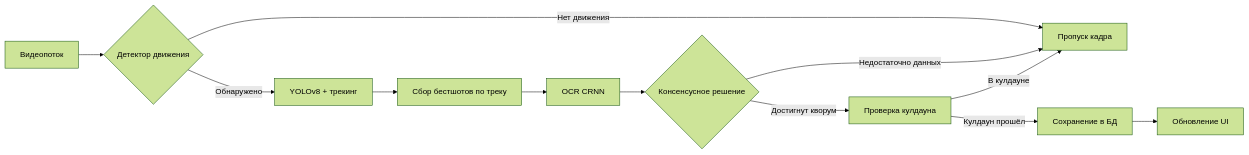
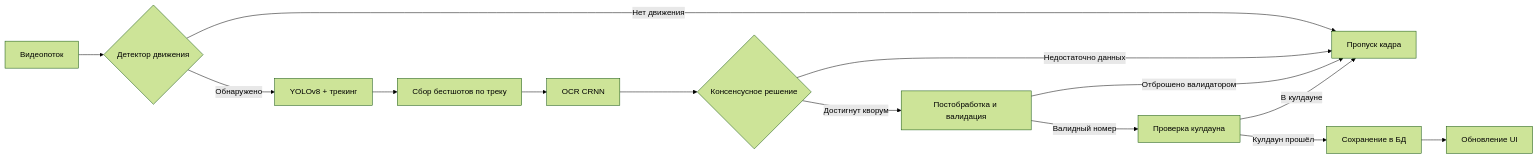
Before and after one commit to quick-1y/ANPR-System-v0.4: the diagram in README.md, drawn with Mermaid (forest theme). The commit also changed other lines of this file and 12 other files, not shown here.

````diff
--- a/README.md
+++ b/README.md
@@ -129,14 +130,16 @@
 ```mermaid
 flowchart LR
     A[Видеопоток] --> B{Детектор движения}
     B -->|Обнаружено| C[YOLOv8 + трекинг]
     B -->|Нет движения| Z[Пропуск кадра]
     C --> D[Сбор бестшотов по треку]
     D --> E[OCR CRNN]
     E --> F{Консенсусное решение}
-    F -->|Достигнут кворум| G[Проверка кулдауна]
+    F -->|Достигнут кворум| G[Постобработка и валидация]
     F -->|Недостаточно данных| Z
-    G -->|Кулдаун прошёл| H[Сохранение в БД]
-    G -->|В кулдауне| Z
-    H --> I[Обновление UI]
+    G -->|Валидный номер| H[Проверка кулдауна]
+    G -->|Отброшено валидатором| Z
+    H -->|Кулдаун прошёл| I[Сохранение в БД]
+    H -->|В кулдауне| Z
+    I --> J[Обновление UI]
 ```
````
